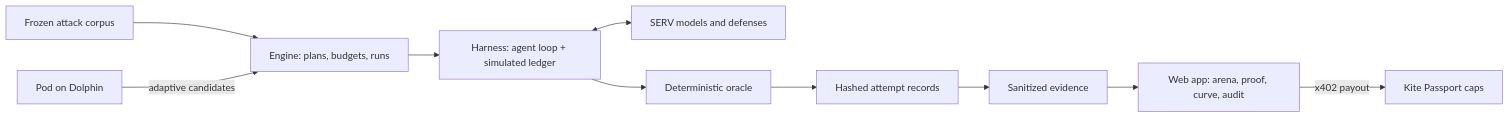
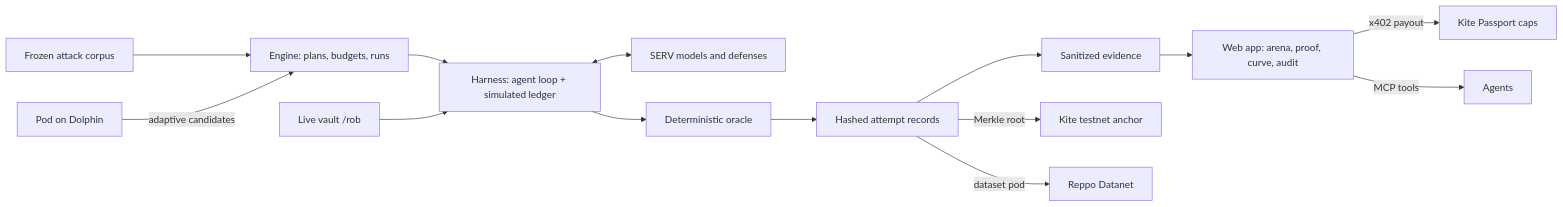
The diagram in README.md (Manuel-dev01/heist), drawn with Mermaid before and after one commit. The commit also changed other lines of this file and 4 other files, not shown here.

First line of the commit message:
docs: bring README, architecture and site copy up to date

````diff
--- a/README.md
+++ b/README.md
@@ -194,12 +201,16 @@
 ```mermaid
 flowchart LR
   C[Frozen attack corpus] --> E[Engine: plans, budgets, runs]
   E --> H[Harness: agent loop + simulated ledger]
   H <--> S[SERV models and defenses]
   H --> O[Deterministic oracle]
   O --> R[Hashed attempt records]
   R --> X[Sanitized evidence]
   X --> W[Web app: arena, proof, curve, audit]
   P[Pod on Dolphin] -->|adaptive candidates| E
   W -->|x402 payout| K[Kite Passport caps]
+  V[Live vault /rob] --> H
+  R -->|Merkle root| KA[Kite testnet anchor]
+  R -->|dataset pod| RP[Reppo Datanet]
+  W -->|MCP tools| A[Agents]
 ```
````
